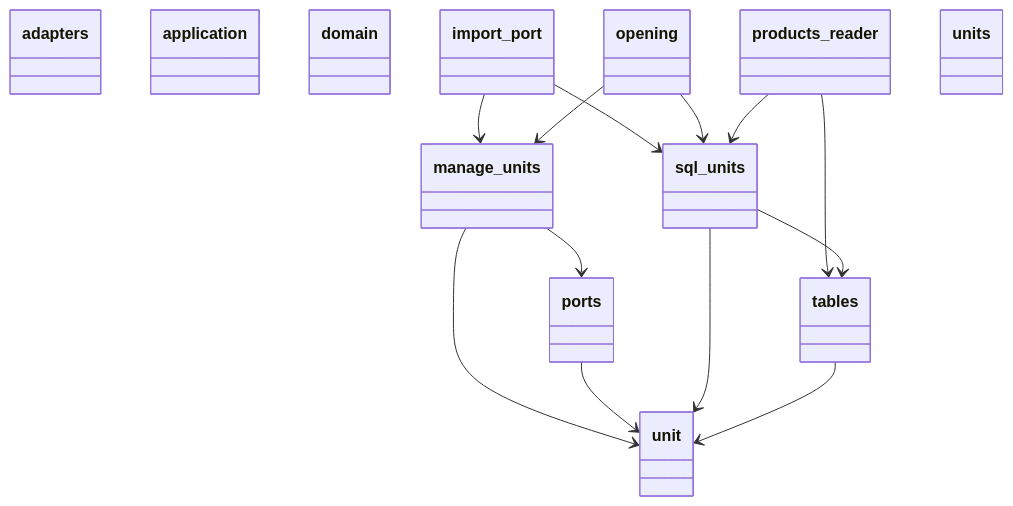
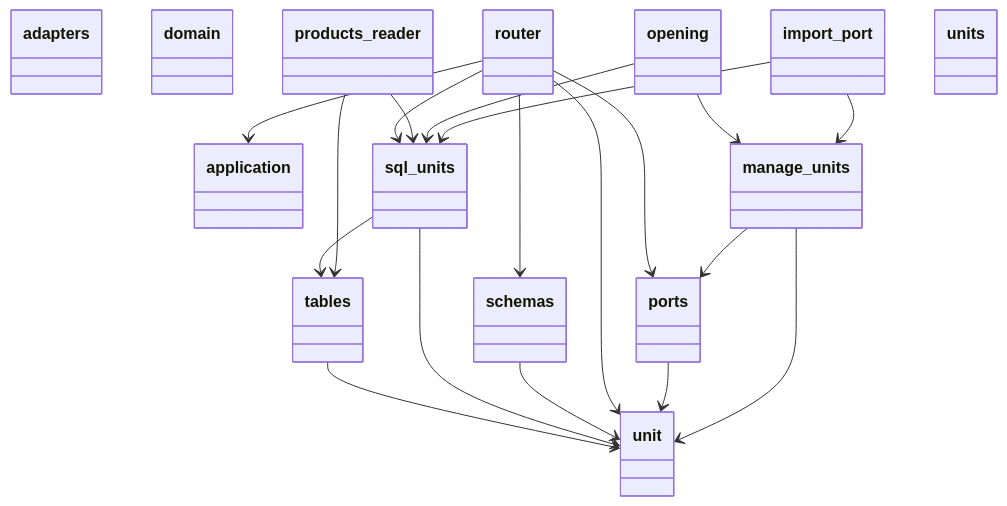
The first of 4 diagrams in docs/architecture/generated/classes/units.md (GonzaloZevallos/apostrophe), drawn with Mermaid before and after one commit. The commit also changed other lines of this file and 4 other files, not shown here.

Commit message:
Regenerate the API and architecture docs for the units routes

````diff
--- a/docs/architecture/generated/classes/units.md
+++ b/docs/architecture/generated/classes/units.md
@@ -7,39 +7,49 @@
 ```mermaid
 classDiagram
   class adapters {
   }
   class application {
   }
   class domain {
   }
   class import_port {
   }
   class manage_units {
   }
   class opening {
   }
   class ports {
   }
   class products_reader {
   }
+  class router {
+  }
+  class schemas {
+  }
   class sql_units {
   }
   class tables {
   }
   class unit {
   }
   class units {
   }
   import_port --> manage_units
   import_port --> sql_units
   manage_units --> ports
   manage_units --> unit
   opening --> manage_units
   opening --> sql_units
   ports --> unit
   products_reader --> sql_units
   products_reader --> tables
+  router --> application
+  router --> ports
+  router --> schemas
+  router --> sql_units
+  router --> unit
+  schemas --> unit
   sql_units --> tables
   sql_units --> unit
   tables --> unit
 ```
````
